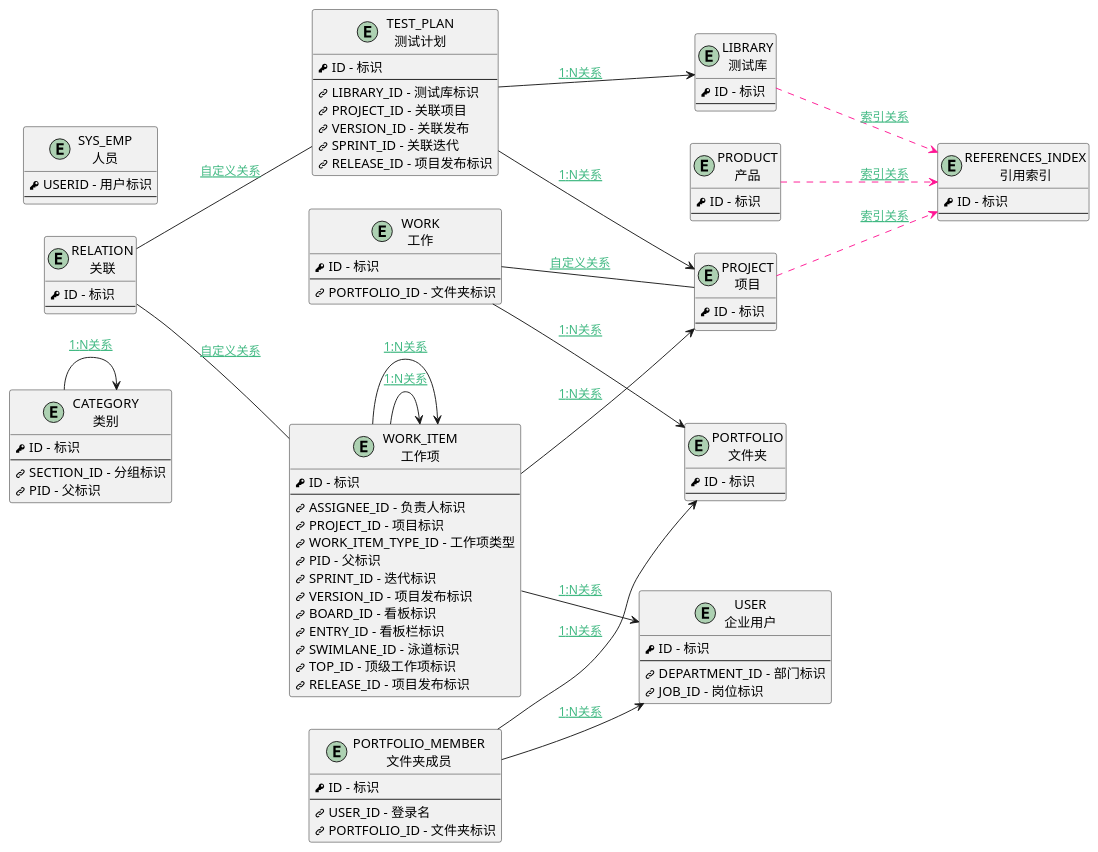
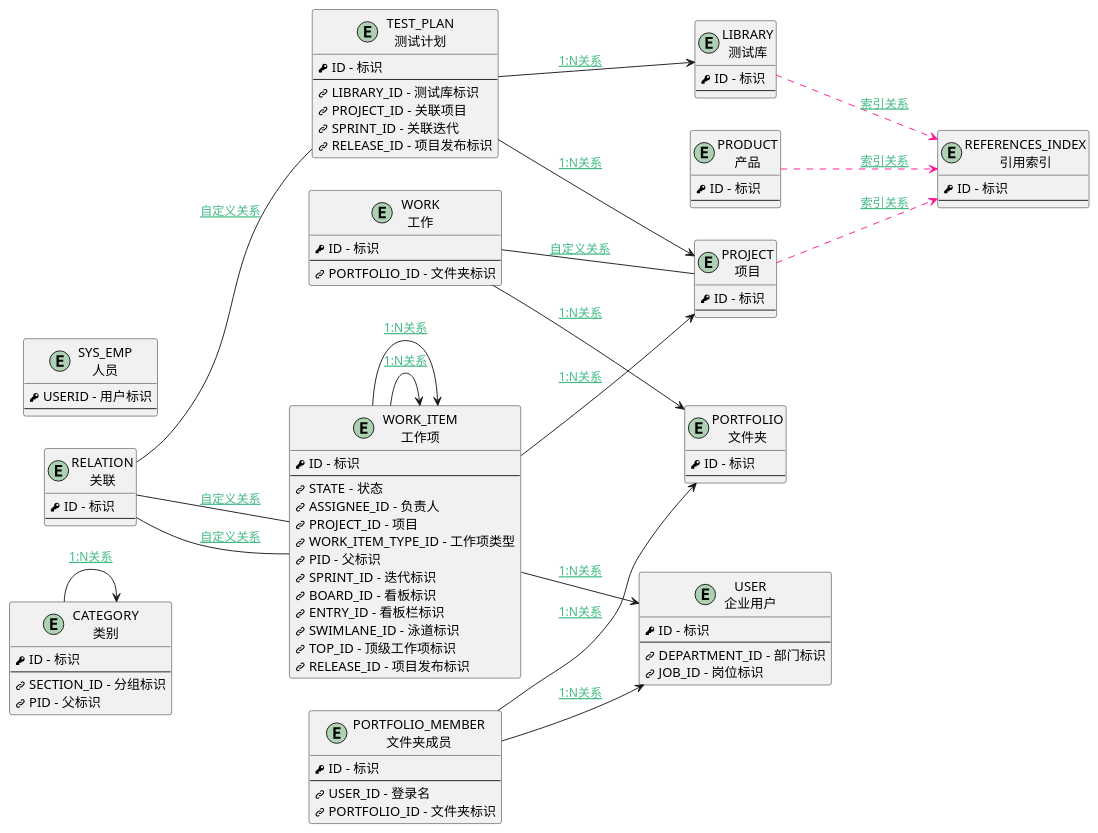
One commit to iBizLab/plm changed the diagram in doc/docsify/er/base_relation.md. Above: the diagram before and after it, drawn with PlantUML. The commit also changed other lines of this file and 6272 other files, not shown here.

```diff
--- a/doc/docsify/er/base_relation.md
+++ b/doc/docsify/er/base_relation.md
@@ -11,39 +10,39 @@
 </style>
 left to right direction
 
-entity "CATEGORY\n类别" as CATEGORY [[$../module/Base/Category {类别}]] {
+entity "CATEGORY\n类别" as CATEGORY [[$../module/Base/category {类别}]] {
         <&key> ID - 标识
         --
         <&link-intact> SECTION_ID - 分组标识
         <&link-intact> PID - 父标识
 }
-entity "LIBRARY\n测试库" as LIBRARY [[$../module/TestMgmt/Library {测试库}]] {
+entity "LIBRARY\n测试库" as LIBRARY [[$../module/TestMgmt/library {测试库}]] {
         <&key> ID - 标识
         --
 }
-entity "PORTFOLIO\n文件夹" as PORTFOLIO [[$../module/Base/Portfolio {文件夹}]] {
+entity "PORTFOLIO\n文件夹" as PORTFOLIO [[$../module/Base/portfolio {文件夹}]] {
         <&key> ID - 标识
         --
 }
-entity "PORTFOLIO_MEMBER\n文件夹成员" as PORTFOLIO_MEMBER [[$../module/Base/Portfolio_member {文件夹成员}]] {
+entity "PORTFOLIO_MEMBER\n文件夹成员" as PORTFOLIO_MEMBER [[$../module/Base/portfolio_member {文件夹成员}]] {
         <&key> ID - 标识
         --
         <&link-intact> USER_ID - 登录名
         <&link-intact> PORTFOLIO_ID - 文件夹标识
 }
-entity "PRODUCT\n产品" as PRODUCT [[$../module/ProdMgmt/Product {产品}]] {
+entity "PRODUCT\n产品" as PRODUCT [[$../module/ProdMgmt/product {产品}]] {
         <&key> ID - 标识
         --
 }
-entity "PROJECT\n项目" as PROJECT [[$../module/ProjMgmt/Project {项目}]] {
+entity "PROJECT\n项目" as PROJECT [[$../module/ProjMgmt/project {项目}]] {
         <&key> ID - 标识
         --
 }
-entity "REFERENCES_INDEX\n引用索引" as REFERENCES_INDEX [[$../module/Base/References_index {引用索引}]] {
+entity "REFERENCES_INDEX\n引用索引" as REFERENCES_INDEX [[$../module/Base/references_index {引用索引}]] {
         <&key> ID - 标识
         --
 }
-entity "RELATION\n关联" as RELATION [[$../module/Base/Relation {关联}]] {
+entity "RELATION\n关联" as RELATION [[$../module/Base/relation {关联}]] {
         <&key> ID - 标识
         --
 }
@@ -51,35 +50,34 @@
         <&key> USERID - 用户标识
         --
 }
-entity "TEST_PLAN\n测试计划" as TEST_PLAN [[$../module/TestMgmt/Test_plan {测试计划}]] {
+entity "TEST_PLAN\n测试计划" as TEST_PLAN [[$../module/TestMgmt/test_plan {测试计划}]] {
         <&key> ID - 标识
         --
         <&link-intact> LIBRARY_ID - 测试库标识
         <&link-intact> PROJECT_ID - 关联项目
-        <&link-intact> VERSION_ID - 关联发布
         <&link-intact> SPRINT_ID - 关联迭代
         <&link-intact> RELEASE_ID - 项目发布标识
 }
-entity "USER\n企业用户" as USER [[$../module/Base/User {企业用户}]] {
+entity "USER\n企业用户" as USER [[$../module/Base/user {企业用户}]] {
         <&key> ID - 标识
         --
         <&link-intact> DEPARTMENT_ID - 部门标识
         <&link-intact> JOB_ID - 岗位标识
 }
-entity "WORK\n工作" as WORK [[$../module/Base/Work {工作}]] {
+entity "WORK\n工作" as WORK [[$../module/Base/work {工作}]] {
         <&key> ID - 标识
         --
         <&link-intact> PORTFOLIO_ID - 文件夹标识
 }
-entity "WORK_ITEM\n工作项" as WORK_ITEM [[$../module/ProjMgmt/Work_item {工作项}]] {
+entity "WORK_ITEM\n工作项" as WORK_ITEM [[$../module/ProjMgmt/work_item {工作项}]] {
         <&key> ID - 标识
         --
-        <&link-intact> ASSIGNEE_ID - 负责人标识
-        <&link-intact> PROJECT_ID - 项目标识
+        <&link-intact> STATE - 状态
+        <&link-intact> ASSIGNEE_ID - 负责人
+        <&link-intact> PROJECT_ID - 项目
         <&link-intact> WORK_ITEM_TYPE_ID - 工作项类型
         <&link-intact> PID - 父标识
         <&link-intact> SPRINT_ID - 迭代标识
-        <&link-intact> VERSION_ID - 项目发布标识
         <&link-intact> BOARD_ID - 看板标识
         <&link-intact> ENTRY_ID - 看板栏标识
         <&link-intact> SWIMLANE_ID - 泳道标识
@@ -102,6 +100,7 @@
 WORK_ITEM--> USER : [[$../der/DER1N_WORK_ITEM_USER_ASSIGNEE_ID{DER1N_WORK_ITEM_USER_ASSIGNEE_ID} 1:N关系]]
 WORK_ITEM--> WORK_ITEM : [[$../der/DER1N_WORK_ITEM_WORK_ITEM_PID{DER1N_WORK_ITEM_WORK_ITEM_PID} 1:N关系]]
 WORK_ITEM--> WORK_ITEM : [[$../der/DER1N_WORK_ITEM_WORK_ITEM_TOP_ID{DER1N_WORK_ITEM_WORK_ITEM_TOP_ID} 1:N关系]]
+RELATION-- WORK_ITEM : [[$../der/DERCUSTOM_RELATION_TARGET_WORK_ITEM{DERCUSTOM_RELATION_TARGET_WORK_ITEM} 自定义关系]]
 RELATION-- WORK_ITEM : [[$../der/DERCUSTOM_RELATION_WORK_ITEM{DERCUSTOM_RELATION_WORK_ITEM} 自定义关系]]
 
 
```
